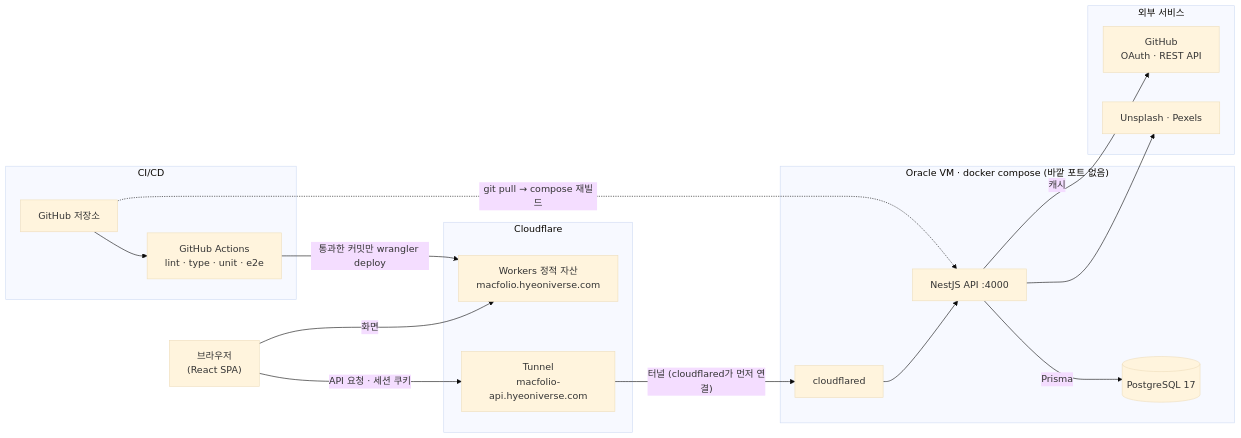
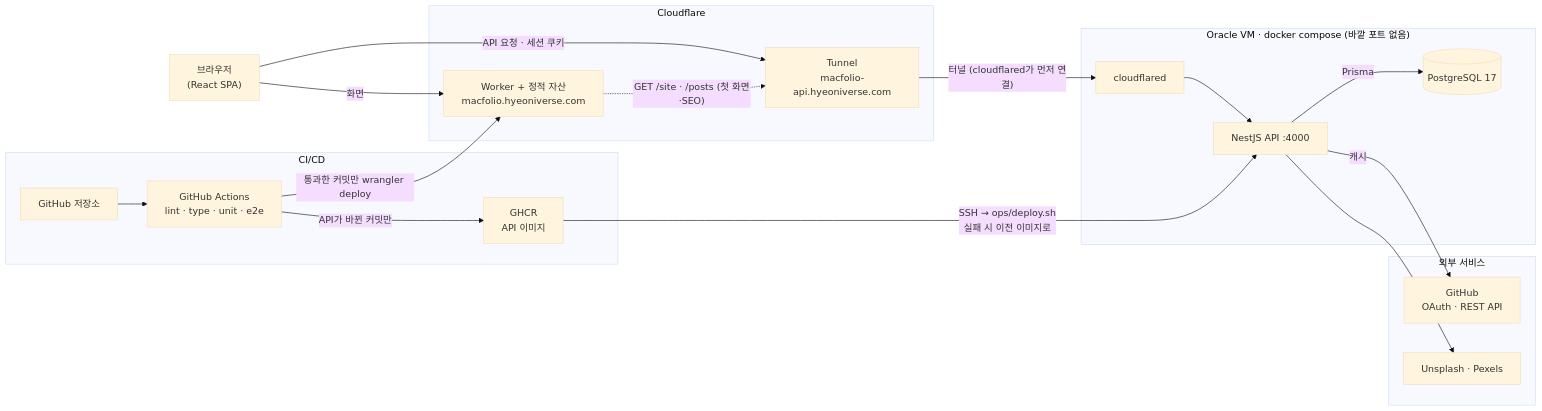
The first of 3 diagrams in docs/backend-design.md (hyeoniverse/MacFolio), drawn with Mermaid (base theme) before and after one commit. The commit also changed other lines of this file and 1 other file, not shown here.

Commit message:
docs: README에 정보 구조·아키텍처 다이어그램을 넣고 지금 구성에 맞춘다

````diff
--- a/docs/backend-design.md
+++ b/docs/backend-design.md
@@ -15,34 +15,36 @@
 ```mermaid
 flowchart LR
     browser["브라우저<br/>(React SPA)"]
 
     subgraph cf["Cloudflare"]
-        workers["Workers 정적 자산<br/>macfolio.hyeoniverse.com"]
+        workers["Worker + 정적 자산<br/>macfolio.hyeoniverse.com"]
         tunnel["Tunnel<br/>macfolio-api.hyeoniverse.com"]
     end
 
     subgraph vm["Oracle VM · docker compose (바깥 포트 없음)"]
         cloudflared["cloudflared"]
         api["NestJS API :4000"]
         db[("PostgreSQL 17")]
     end
 
     subgraph ext["외부 서비스"]
         github["GitHub<br/>OAuth · REST API"]
         photos["Unsplash · Pexels"]
     end
 
     subgraph ci["CI/CD"]
         repo["GitHub 저장소"]
         actions["GitHub Actions<br/>lint · type · unit · e2e"]
+        ghcr["GHCR<br/>API 이미지"]
     end
 
     browser -- "화면" --> workers
     browser -- "API 요청 · 세션 쿠키" --> tunnel
     tunnel -- "터널 (cloudflared가 먼저 연결)" --> cloudflared --> api
     api -- "Prisma" --> db
     api -- "캐시" --> github
     api --> photos
     repo --> actions -- "통과한 커밋만 wrangler deploy" --> workers
-    repo -. "git pull → compose 재빌드" .-> api
+    workers -. "GET /site · /posts (첫 화면·SEO)" .-> tunnel
+    actions -- "API가 바뀐 커밋만" --> ghcr -- "SSH → ops/deploy.sh<br/>실패 시 이전 이미지로" --> api
 ```
````
